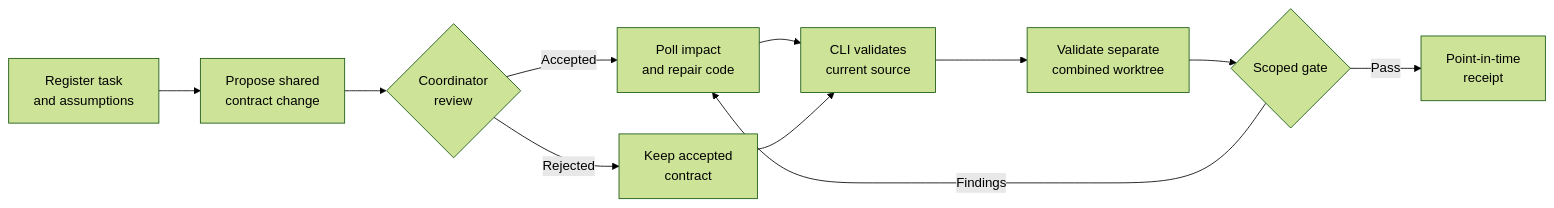
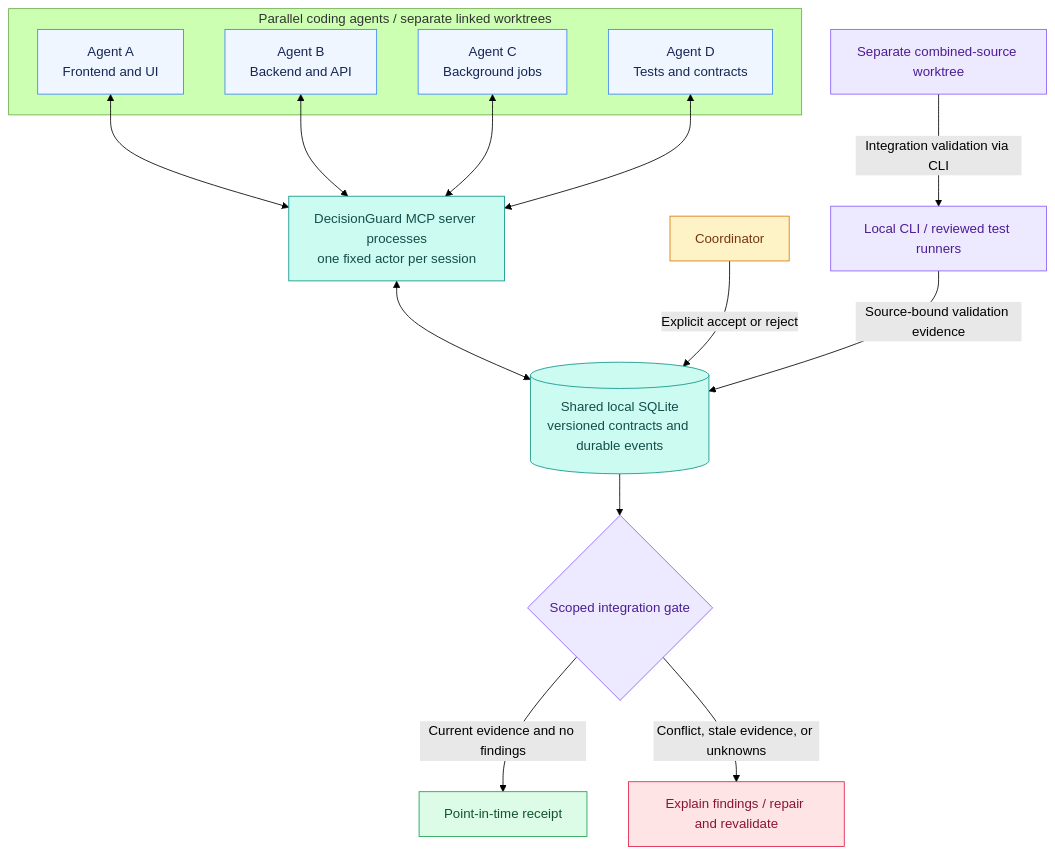
The diagram in README.md (Kaushik2709/DecisionGuard), drawn with Mermaid (forest theme) before and after one commit. The commit also changed other lines of this file and 30 other files, not shown here.

````diff
--- a/README.md
+++ b/README.md
@@ -128,13 +74,33 @@
 ```mermaid
-flowchart LR
-    A[Register task<br/>and assumptions] --> B[Propose shared<br/>contract change]
-    B --> C{Coordinator<br/>review}
-    C -->|Accepted| D[Poll impact<br/>and repair code]
-    C -->|Rejected| E[Keep accepted<br/>contract]
-    D --> F[CLI validates<br/>current source]
-    E --> F
-    F --> G[Validate separate<br/>combined worktree]
-    G --> H{Scoped gate}
-    H -->|Findings| D
-    H -->|Pass| I[Point-in-time<br/>receipt]
+flowchart TB
+    subgraph Agents[Parallel coding agents / separate linked worktrees]
+        A[Agent A<br/>Frontend and UI]
+        B[Agent B<br/>Backend and API]
+        D[Agent C<br/>Background jobs]
+        E[Agent D<br/>Tests and contracts]
+    end
+    A <--> M[DecisionGuard MCP server processes<br/>one fixed actor per session]
+    B <--> M
+    D <--> M
+    E <--> M
+    M <--> S[(Shared local SQLite<br/>versioned contracts and durable events)]
+    C[Coordinator] -->|Explicit accept or reject| S
+    V[Local CLI / reviewed test runners] -->|Source-bound validation evidence| S
+    I[Separate combined-source worktree] -->|Integration validation via CLI| V
+    S --> G{Scoped integration gate}
+    G -->|Current evidence and no findings| P[Point-in-time receipt]
+    G -->|Conflict, stale evidence, or unknowns| R[Explain findings / repair and revalidate]
+
+    classDef agent fill:#EFF6FF,stroke:#3B82F6,color:#172554
+    classDef shared fill:#CCFBF1,stroke:#0D9488,color:#134E4A
+    classDef review fill:#FEF3C7,stroke:#D97706,color:#78350F
+    classDef validation fill:#EDE9FE,stroke:#8B5CF6,color:#4C1D95
+    classDef pass fill:#DCFCE7,stroke:#16A34A,color:#14532D
+    classDef blocked fill:#FFE4E6,stroke:#E11D48,color:#881337
+    class A,B,D,E agent
+    class M,S shared
+    class C review
+    class V,I,G validation
+    class P pass
+    class R blocked
 ```
````
